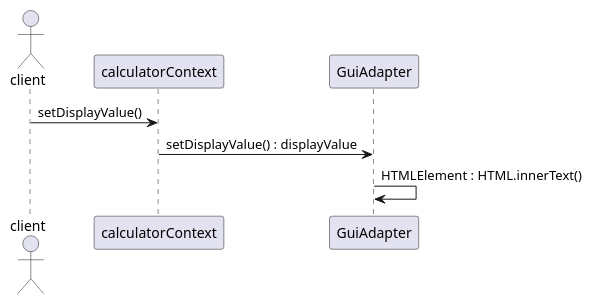
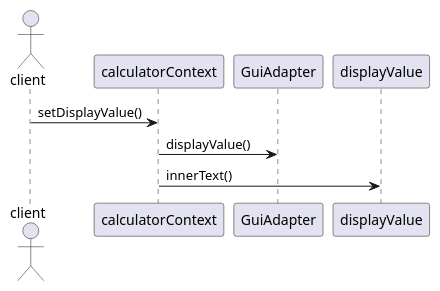
One commit to nicolas-00/Taschenrechner changed the diagram in puml/setDisplayValueSequence.puml. Above: the diagram before and after it, drawn with PlantUML.

```diff
--- a/puml/setDisplayValueSequence.puml
+++ b/puml/setDisplayValueSequence.puml
@@ -1,13 +1,14 @@
 @startuml
 
 actor client
 participant calculatorContext
 participant GuiAdapter
+participant displayValue
 
 client -> calculatorContext : setDisplayValue()
-calculatorContext -> GuiAdapter : setDisplayValue() : displayValue
-GuiAdapter -> GuiAdapter : HTMLElement : HTML.innerText()
+calculatorContext -> GuiAdapter : displayValue()
+calculatorContext -> displayValue : innerText()
 
 
 
 @enduml
```
